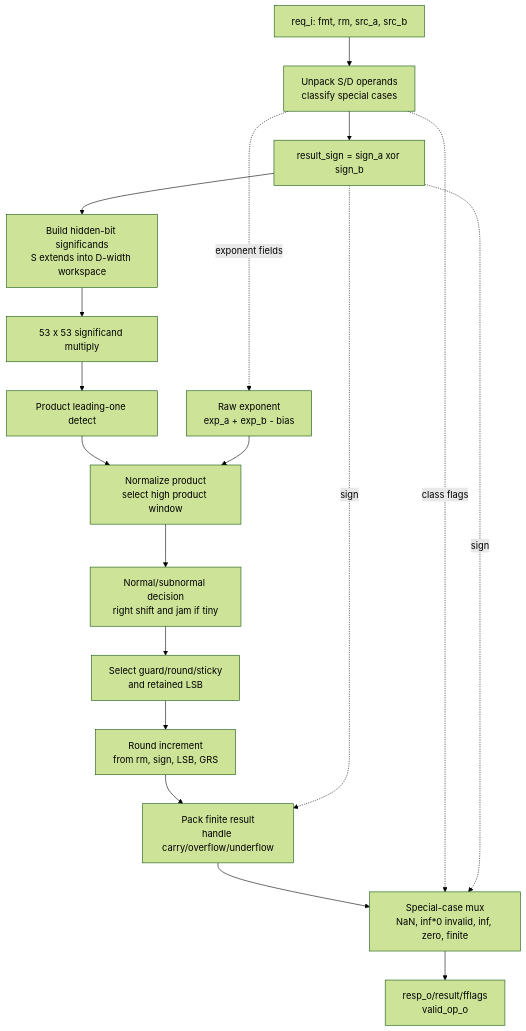
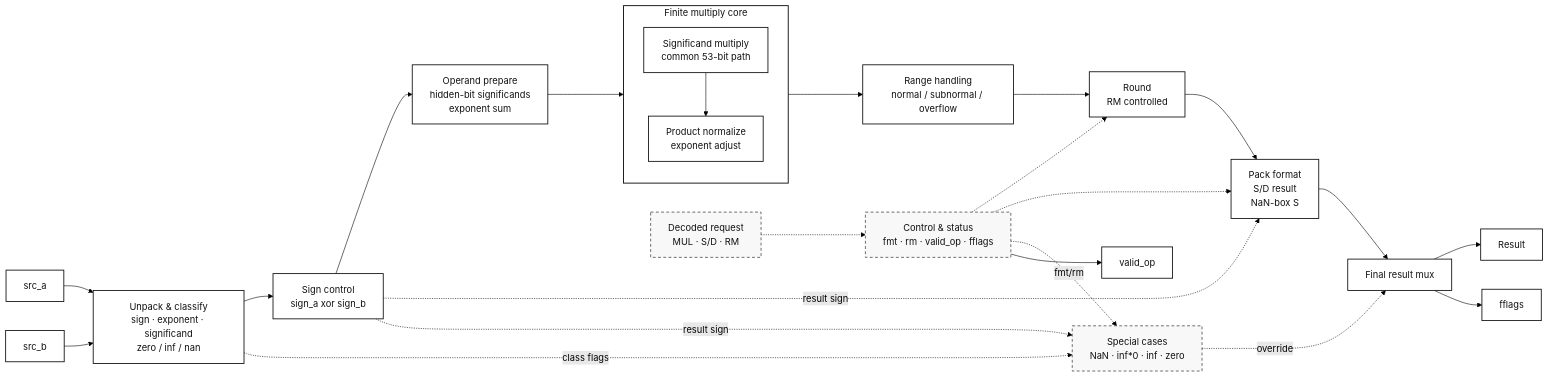
One commit to WhiteDeerPro/FPU_PROJECT changed the second of 4 diagrams in docs/fpu_unit_flow.md. Above: the diagram before and after it, drawn with Mermaid (forest theme). The commit also changed other lines of this file, not shown here.

Commit message:
Refine unit flow diagrams

````diff
--- a/docs/fpu_unit_flow.md
+++ b/docs/fpu_unit_flow.md
@@ -178,24 +204,45 @@
 ```mermaid
-flowchart TD
-  REQ["req_i: fmt, rm, src_a, src_b"]
-  UNPACK["Unpack S/D operands\nclassify special cases"]
-  SIGN["result_sign = sign_a xor sign_b"]
-  SIG["Build hidden-bit significands\nS extends into D-width workspace"]
-  MUL["53 x 53 significand multiply"]
-  LOP["Product leading-one detect"]
-  RAWEXP["Raw exponent\nexp_a + exp_b - bias"]
-  NORM["Normalize product\nselect high product window"]
-  SUBN["Normal/subnormal decision\nright shift and jam if tiny"]
-  GRS["Select guard/round/sticky\nand retained LSB"]
-  ROUND["Round increment\nfrom rm, sign, LSB, GRS"]
-  PACK["Pack finite result\nhandle carry/overflow/underflow"]
-  SPECIAL["Special-case mux\nNaN, inf*0 invalid, inf, zero, finite"]
-  RESP["resp_o/result/fflags\nvalid_op_o"]
+flowchart LR
+  classDef data fill:#fff,stroke:#111,stroke-width:1.5px,color:#111;
+  classDef ctrl fill:#f8f8f8,stroke:#333,stroke-width:1.2px,stroke-dasharray:5 4,color:#111;
+  classDef group fill:#fff,stroke:#111,stroke-width:1.6px,color:#111;
 
-  REQ --> UNPACK --> SIGN --> SIG --> MUL --> LOP --> NORM --> SUBN --> GRS --> ROUND --> PACK --> SPECIAL --> RESP
-  UNPACK -. exponent fields .-> RAWEXP
-  RAWEXP --> NORM
+  A["src_a"]:::data
+  B["src_b"]:::data
+  REQ["Decoded request<br/>MUL · S/D · RM"]:::ctrl
+
+  UNPACK["Unpack & classify<br/>sign · exponent · significand<br/>zero / inf / nan"]:::data
+  SIGN["Sign control<br/>sign_a xor sign_b"]:::data
+  PREP["Operand prepare<br/>hidden-bit significands<br/>exponent sum"]:::data
+
+  subgraph CORE["Finite multiply core"]
+    direction TB
+    MUL["Significand multiply<br/>common 53-bit path"]:::data
+    NORM["Product normalize<br/>exponent adjust"]:::data
+  end
+  class CORE group
+
+  RANGE["Range handling<br/>normal / subnormal / overflow"]:::data
+  ROUND["Round<br/>RM controlled"]:::data
+  PACK["Pack format<br/>S/D result<br/>NaN-box S"]:::data
+  SPECIAL["Special cases<br/>NaN · inf*0 · inf · zero"]:::ctrl
+  CTRL["Control & status<br/>fmt · rm · valid_op · fflags"]:::ctrl
+  MUX["Final result mux"]:::data
+
+  A --> UNPACK
+  B --> UNPACK
+  REQ -.-> CTRL
+  CTRL -.-> ROUND
+  CTRL -.-> PACK
+
+  UNPACK --> SIGN --> PREP --> MUL --> NORM --> RANGE --> ROUND --> PACK --> MUX
   UNPACK -. class flags .-> SPECIAL
-  SIGN -. sign .-> PACK
-  SIGN -. sign .-> SPECIAL
+  SIGN -. result sign .-> PACK
+  SIGN -. result sign .-> SPECIAL
+  CTRL -. fmt/rm .-> SPECIAL
+  SPECIAL -. override .-> MUX
+
+  MUX --> RESULT["Result"]:::data
+  MUX --> FLAGS["fflags"]:::data
+  CTRL --> VALID["valid_op"]:::data
 ```
````
